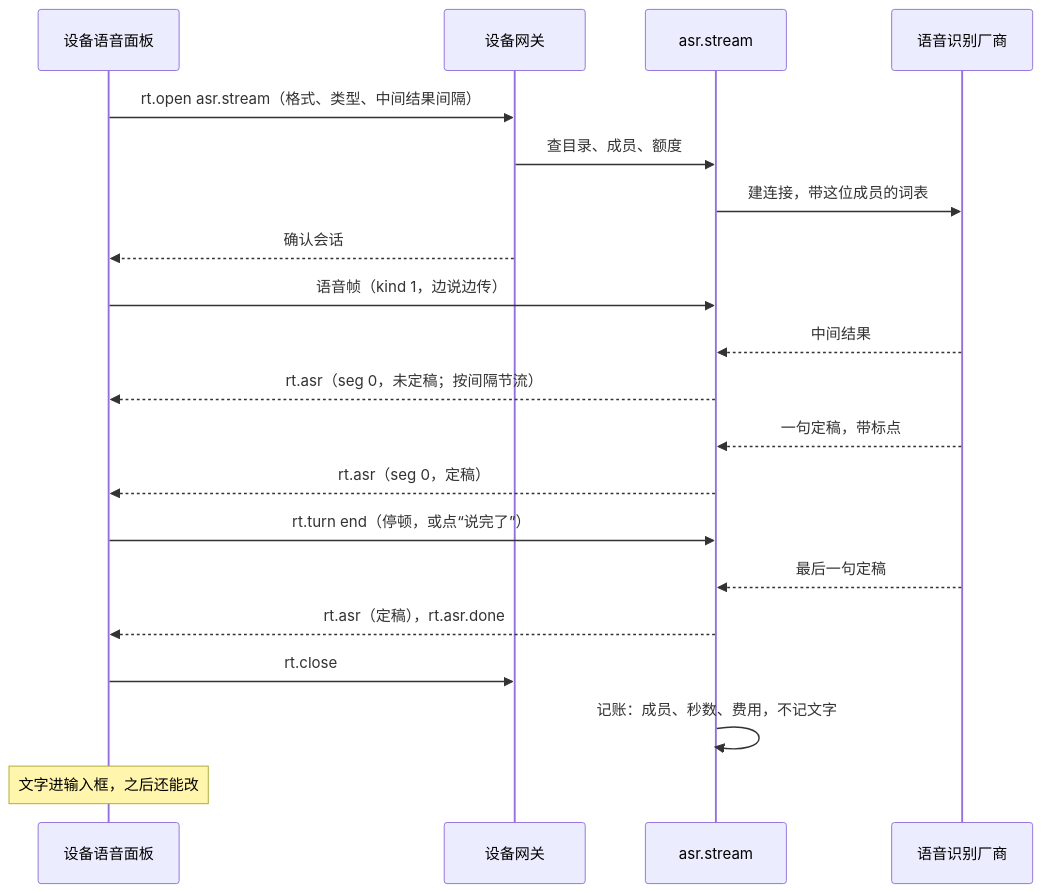
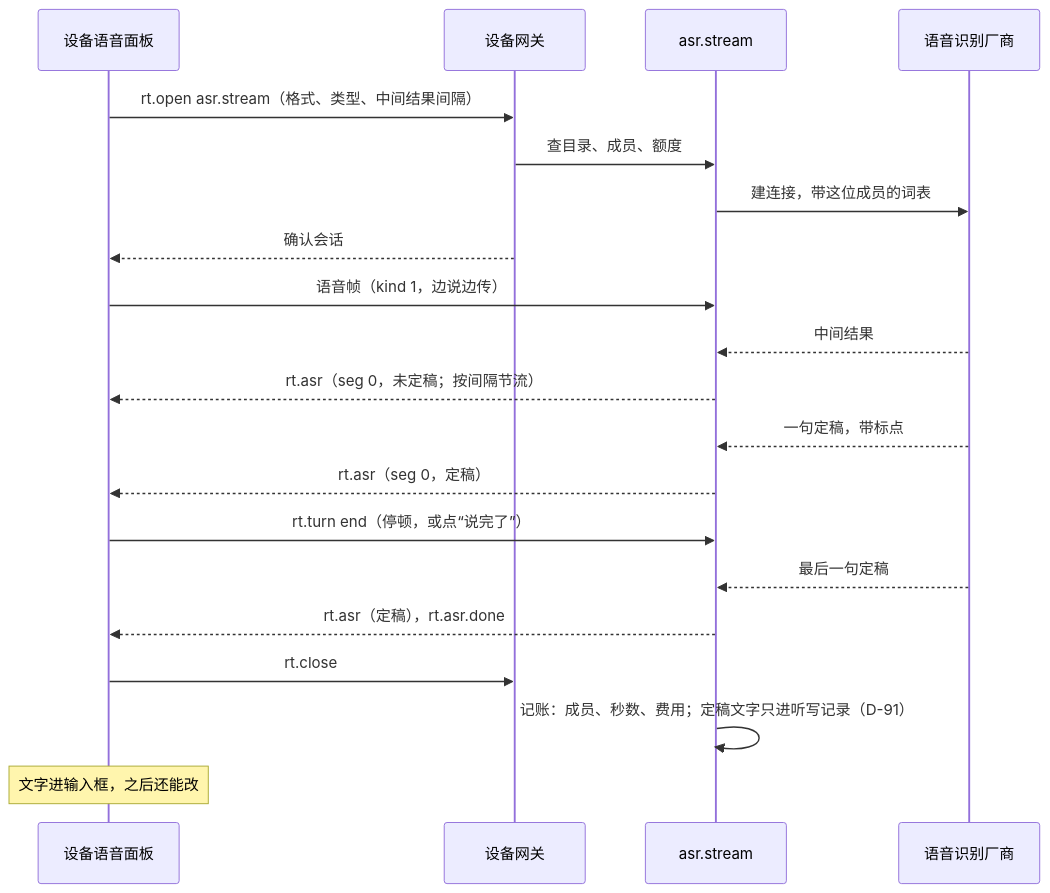
One commit to Gidean-zcx/ink changed the seventh of 18 diagrams in docs/hub/hub-architecture.md. Above: the diagram before and after it, drawn with Mermaid. The commit also changed other lines of this file and 3 other files, not shown here.

````diff
--- a/docs/hub/hub-architecture.md
+++ b/docs/hub/hub-architecture.md
@@ -622,22 +625,22 @@
 ```mermaid
 sequenceDiagram
   participant D as 设备语音面板
   participant G as 设备网关
   participant S as asr.stream
   participant A as 语音识别厂商
   D->>G: rt.open asr.stream（格式、类型、中间结果间隔）
   G->>S: 查目录、成员、额度
   S->>A: 建连接，带这位成员的词表
   G-->>D: 确认会话
   D->>S: 语音帧（kind 1，边说边传）
   A-->>S: 中间结果
   S-->>D: rt.asr（seg 0，未定稿；按间隔节流）
   A-->>S: 一句定稿，带标点
   S-->>D: rt.asr（seg 0，定稿）
   D->>S: rt.turn end（停顿，或点“说完了”）
   A-->>S: 最后一句定稿
   S-->>D: rt.asr（定稿），rt.asr.done
   D->>G: rt.close
-  S->>S: 记账：成员、秒数、费用，不记文字
+  S->>S: 记账：成员、秒数、费用；定稿文字只进听写记录（D-91）
   Note over D: 文字进输入框，之后还能改
 ```
````
